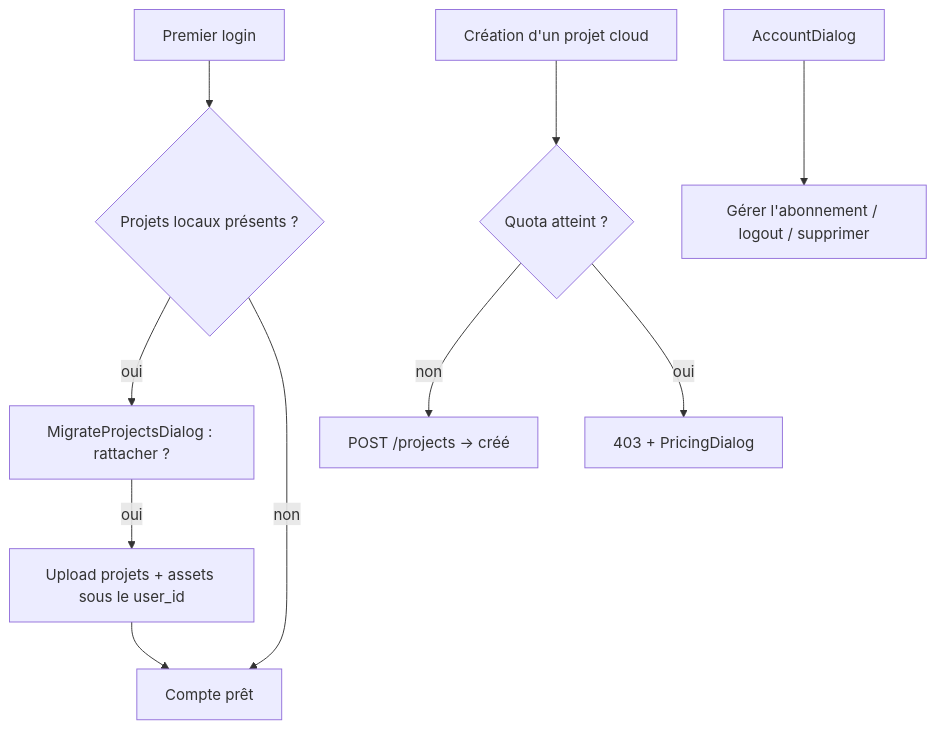
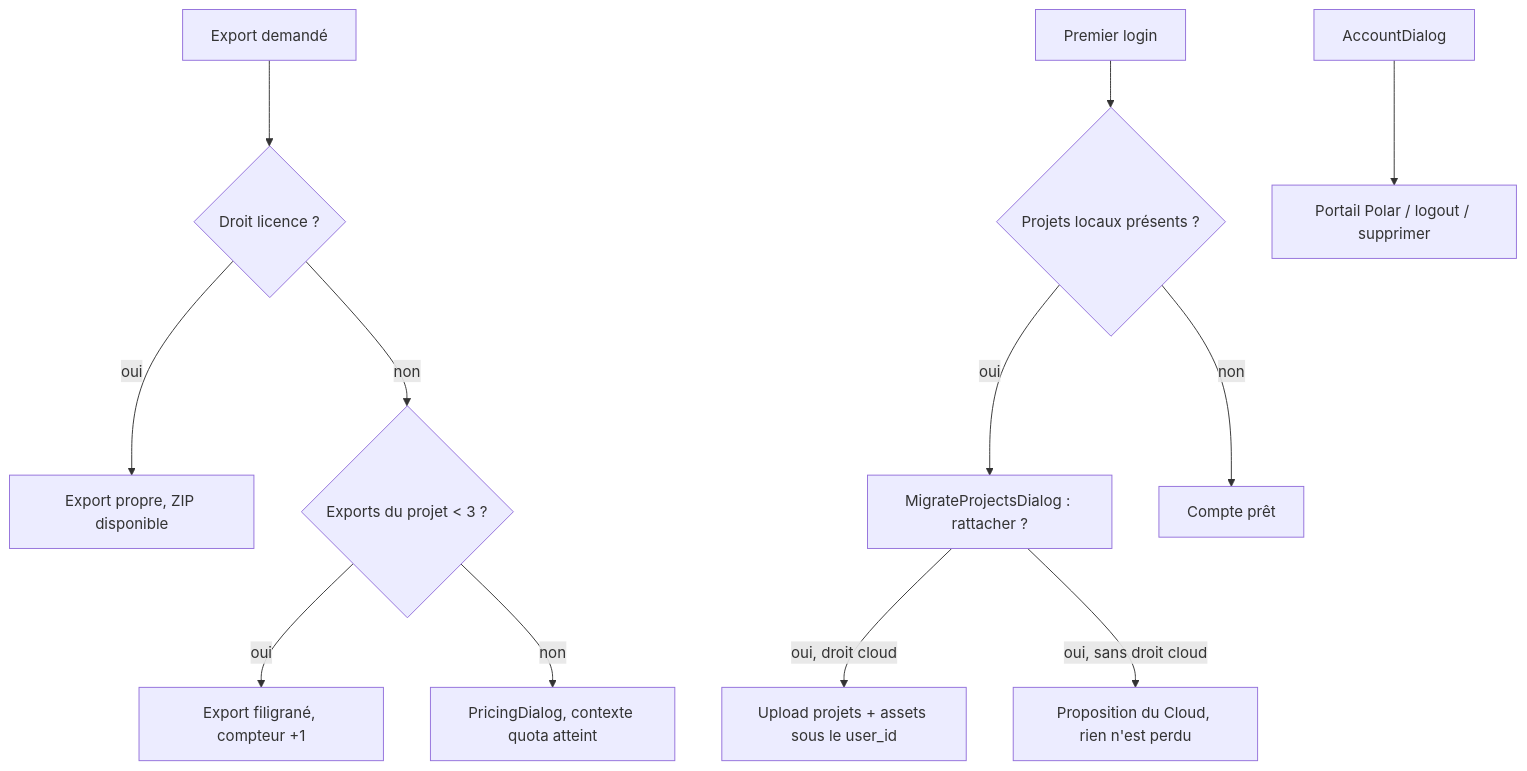
The diagram in aidd_docs/tasks/2026_08/2026_08_05_screenforge-saas/phase-5.md (neogenz/screenforge), drawn with Mermaid before and after one commit. The commit also changed other lines of this file and 656 other files, not shown here.

````diff
--- a/aidd_docs/tasks/2026_08/2026_08_05_screenforge-saas/phase-5.md
+++ b/aidd_docs/tasks/2026_08/2026_08_05_screenforge-saas/phase-5.md
@@ -33,12 +66,14 @@
 ```mermaid
 flowchart TD
-  A[Premier login] --> B{Projets locaux présents ?}
-  B -->|oui| C[MigrateProjectsDialog : rattacher ?]
-  C -->|oui| D[Upload projets + assets sous le user_id]
-  B -->|non| E[Compte prêt]
-  D --> E
-  F[Création d'un projet cloud] --> G{Quota atteint ?}
-  G -->|non| H[POST /projects → créé]
-  G -->|oui| I[403 + PricingDialog]
-  J[AccountDialog] --> K[Gérer l'abonnement / logout / supprimer]
+  A[Export demandé] --> B{Droit licence ?}
+  B -->|oui| C[Export propre, ZIP disponible]
+  B -->|non| D{Exports du projet < 3 ?}
+  D -->|oui| E[Export filigrané, compteur +1]
+  D -->|non| F[PricingDialog, contexte quota atteint]
+  G[Premier login] --> H{Projets locaux présents ?}
+  H -->|oui| I[MigrateProjectsDialog : rattacher ?]
+  I -->|oui, droit cloud| J[Upload projets + assets sous le user_id]
+  I -->|oui, sans droit cloud| K[Proposition du Cloud, rien n'est perdu]
+  H -->|non| L[Compte prêt]
+  M[AccountDialog] --> N[Portail Polar / logout / supprimer]
 ```
````
